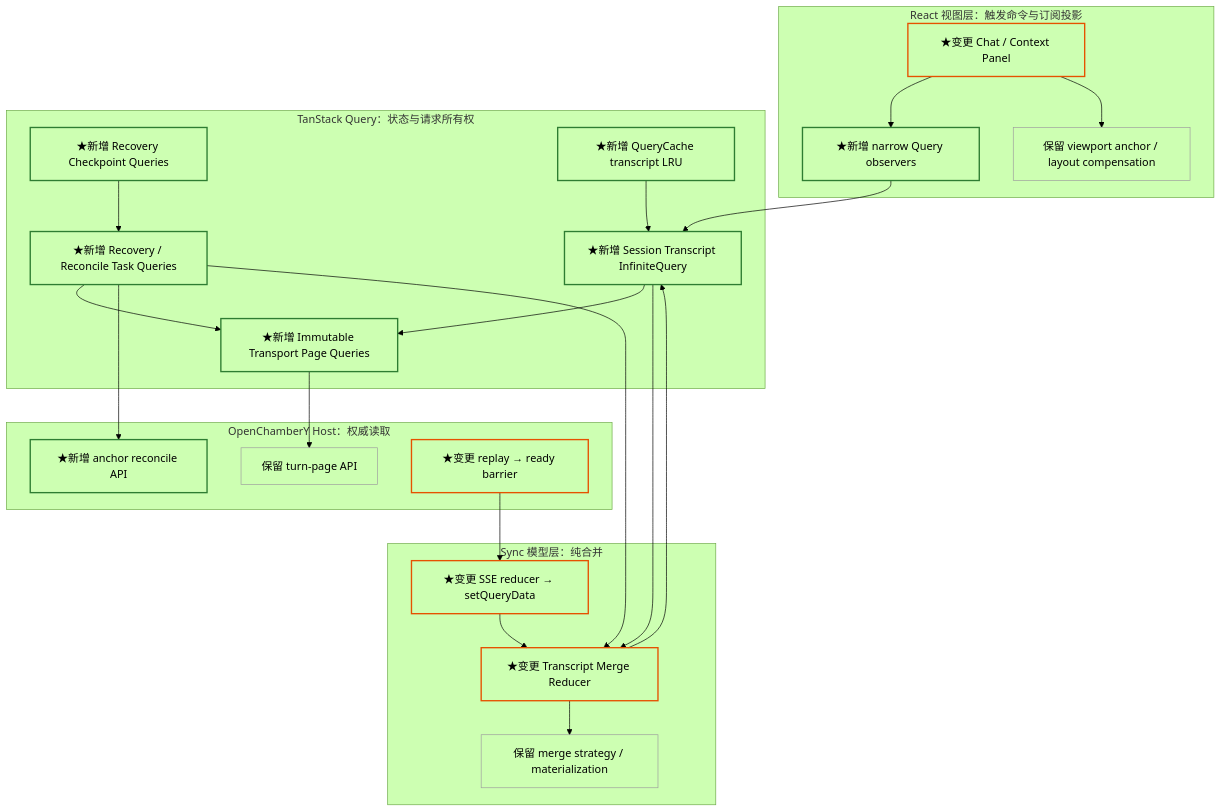
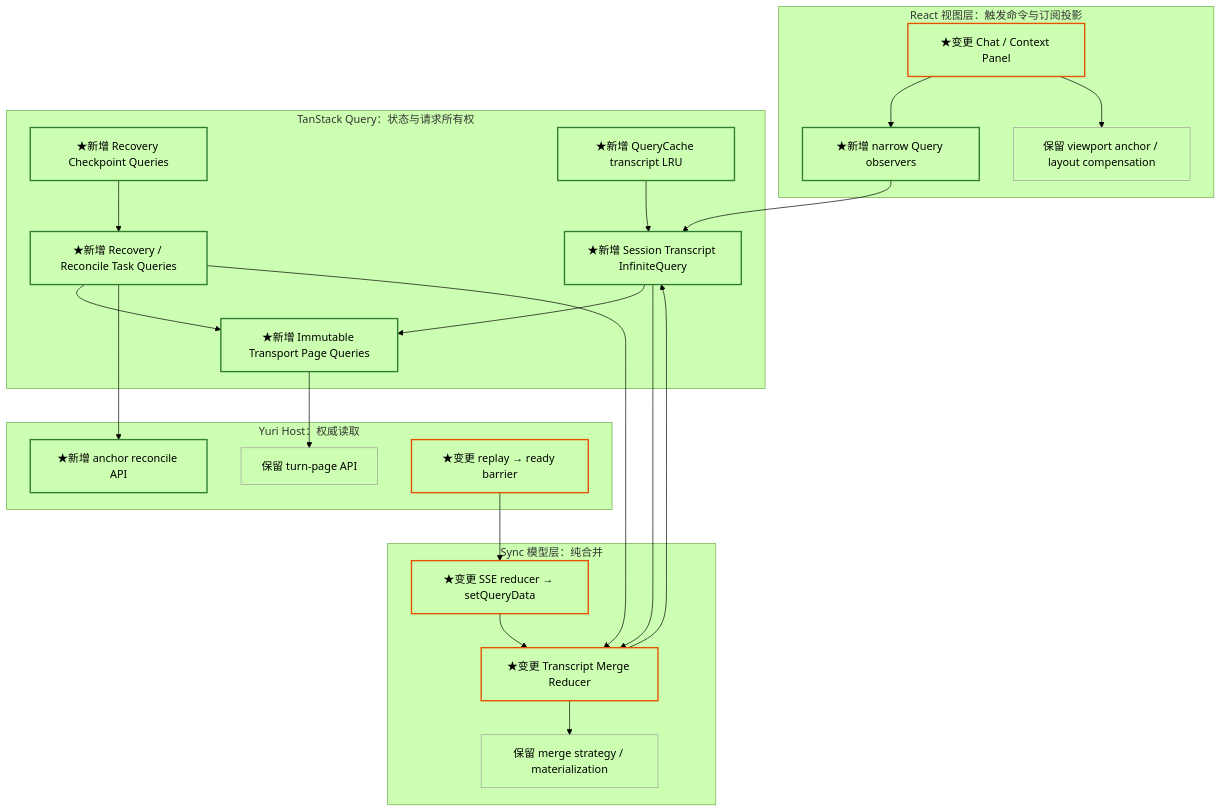
One commit to yee94/openchambery changed the first of 3 diagrams in docs/session-transcript-query-rearchitecture-plan.md. Above: the diagram before and after it, drawn with Mermaid (forest theme). The commit also changed other lines of this file and 2097 other files, not shown here.

````diff
--- a/docs/session-transcript-query-rearchitecture-plan.md
+++ b/docs/session-transcript-query-rearchitecture-plan.md
@@ -106,46 +106,46 @@
 ```mermaid
 flowchart TD
     classDef same fill:none,stroke:#9E9E9E
     classDef change fill:none,stroke:#E65100,stroke-width:2px
     classDef new fill:none,stroke:#2E7D32,stroke-width:2px
 
     subgraph UI ["React 视图层：触发命令与订阅投影"]
         CHAT["★变更 Chat / Context Panel"]:::change
         OBS["★新增 narrow Query observers"]:::new
         VIEWPORT["保留 viewport anchor / layout compensation"]:::same
     end
 
     subgraph QUERY ["TanStack Query：状态与请求所有权"]
         INF["★新增 Session Transcript InfiniteQuery"]:::new
         PAGE["★新增 Immutable Transport Page Queries"]:::new
         TASK["★新增 Recovery / Reconcile Task Queries"]:::new
         CHECKPOINT["★新增 Recovery Checkpoint Queries"]:::new
         LRU["★新增 QueryCache transcript LRU"]:::new
     end
 
     subgraph SYNC ["Sync 模型层：纯合并"]
         MERGE["★变更 Transcript Merge Reducer"]:::change
         STRATEGY["保留 merge strategy / materialization"]:::same
         SSE["★变更 SSE reducer → setQueryData"]:::change
     end
 
-    subgraph HOST ["OpenChamberY Host：权威读取"]
+    subgraph HOST ["Yuri Host：权威读取"]
         TURN["保留 turn-page API"]:::same
         REC["★新增 anchor reconcile API"]:::new
         STREAM["★变更 replay → ready barrier"]:::change
     end
 
     CHAT --> OBS --> INF
     CHAT --> VIEWPORT
     INF --> PAGE --> TURN
     TASK --> PAGE
     TASK --> REC
     INF --> MERGE
     TASK --> MERGE
     SSE --> MERGE
     MERGE --> STRATEGY
     MERGE --> INF
     STREAM --> SSE
     CHECKPOINT --> TASK
     LRU --> INF
 ```
````
